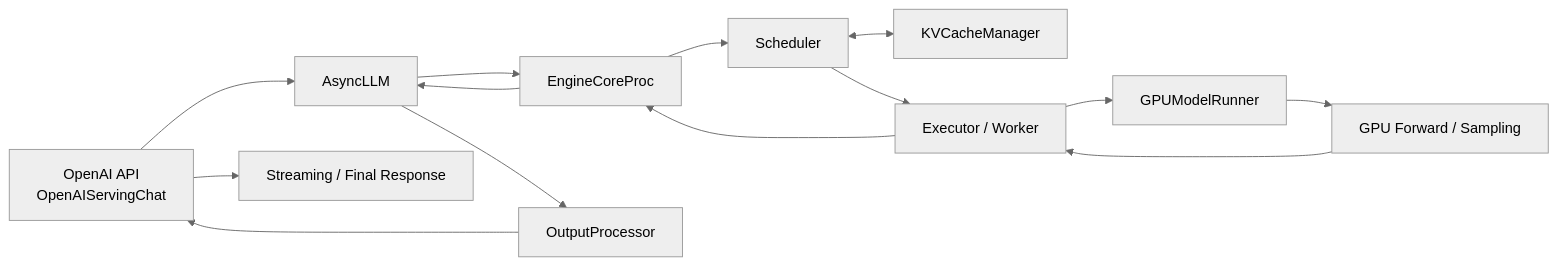
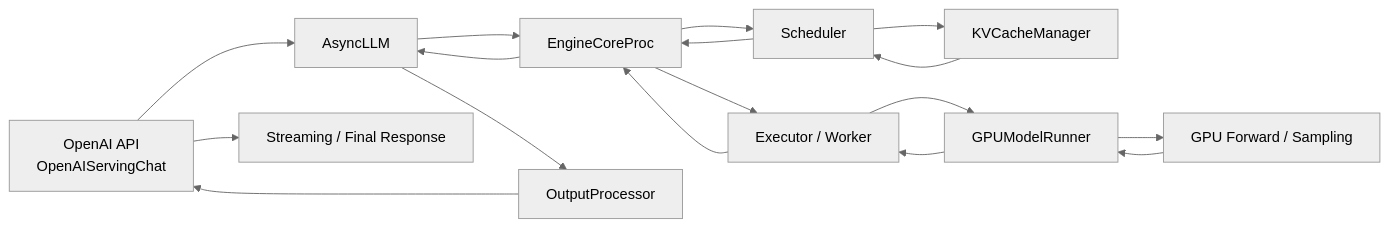
One commit to ToNoName/llm-serving-performance-lab changed the second of 2 diagrams in README.md. Above: the diagram before and after it, drawn with Mermaid (neutral theme). The commit also changed other lines of this file and 8 other files, not shown here.

````diff
--- a/README.md
+++ b/README.md
@@ -31,16 +31,19 @@
 ```mermaid
 flowchart LR
     A[OpenAI API<br/>OpenAIServingChat] --> B[AsyncLLM]
     B --> C[EngineCoreProc]
     C --> D[Scheduler]
-    D <--> E[KVCacheManager]
-    D --> F[Executor / Worker]
+    D --> E[KVCacheManager]
+    E --> D
+    D --> C
+    C --> F[Executor / Worker]
     F --> G[GPUModelRunner]
     G --> H[GPU Forward / Sampling]
-    H --> F
+    H --> G
+    G --> F
     F --> C
     C --> B
     B --> I[OutputProcessor]
     I --> A
     A --> J[Streaming / Final Response]
 ```
````
